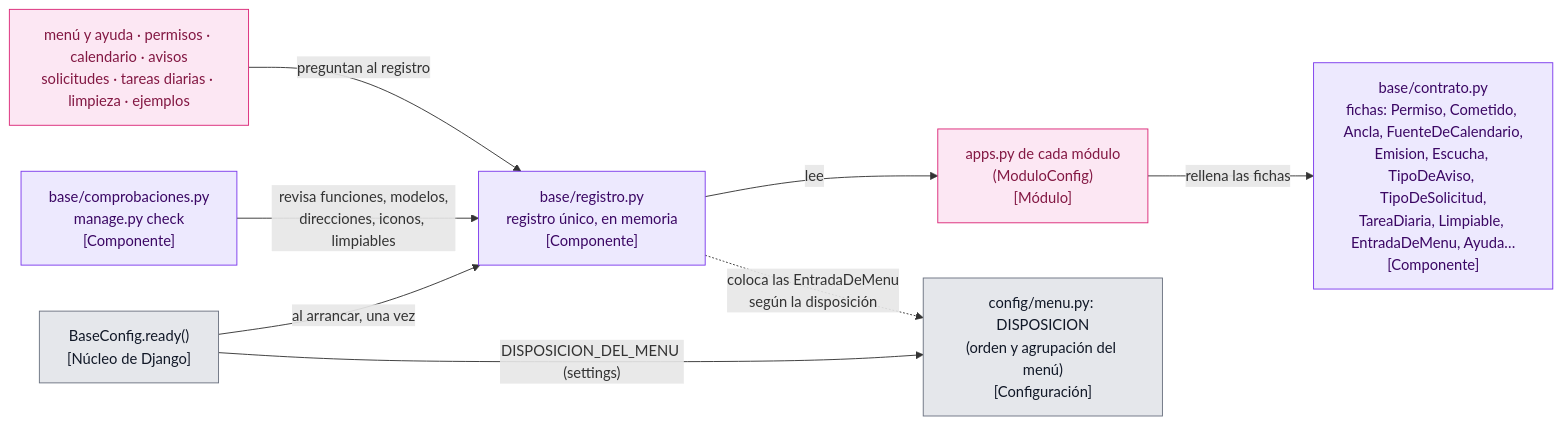
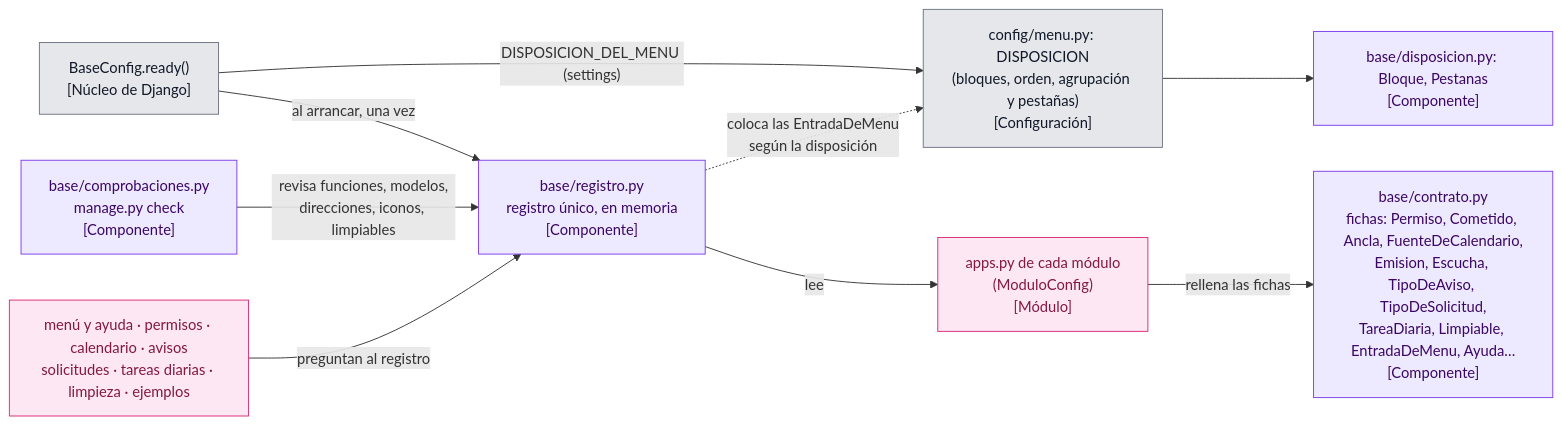
One commit to chemabc/groupy changed the fourth of 34 diagrams in docs/arquitectura.md. Above: the diagram before and after it, drawn with Mermaid. The commit also changed other lines of this file and 135 other files, not shown here.

````diff
--- a/docs/arquitectura.md
+++ b/docs/arquitectura.md
@@ -204,20 +204,22 @@
 ```mermaid
 flowchart LR
   classDef capabase fill:#ede9fe,stroke:#7c3aed,color:#3b0764
   classDef modulo fill:#fce7f3,stroke:#db2777,color:#831843
   classDef django fill:#e5e7eb,stroke:#6b7280,color:#111827
   apps["apps.py de cada módulo<br/>(ModuloConfig)<br/>[Módulo]"]:::modulo
   contrato["base/contrato.py<br/>fichas: Permiso, Cometido, Ancla, FuenteDeCalendario,<br/>Emision, Escucha, TipoDeAviso, TipoDeSolicitud,<br/>TareaDiaria, Limpiable, EntradaDeMenu, Ayuda…<br/>[Componente]"]:::capabase
   registro["base/registro.py<br/>registro único, en memoria<br/>[Componente]"]:::capabase
   comprob["base/comprobaciones.py<br/>manage.py check<br/>[Componente]"]:::capabase
   ready["BaseConfig.ready()<br/>[Núcleo de Django]"]:::django
   usos["menú y ayuda · permisos · calendario · avisos<br/>solicitudes · tareas diarias · limpieza · ejemplos"]:::modulo
-  menu["config/menu.py: DISPOSICION<br/>(orden y agrupación del menú)<br/>[Configuración]"]:::django
+  menu["config/menu.py: DISPOSICION<br/>(bloques, orden, agrupación y pestañas)<br/>[Configuración]"]:::django
+  dispo["base/disposicion.py: Bloque, Pestanas<br/>[Componente]"]:::capabase
+  menu --> dispo
   apps -- "rellena las fichas" --> contrato
   ready -- "al arrancar, una vez" --> registro
   ready -- "DISPOSICION_DEL_MENU (settings)" --> menu
   registro -. "coloca las EntradaDeMenu<br/>según la disposición" .-> menu
   registro -- "lee" --> apps
   comprob -- "revisa funciones, modelos,<br/>direcciones, iconos, limpiables" --> registro
   usos -- "preguntan al registro" --> registro
 ```
````
